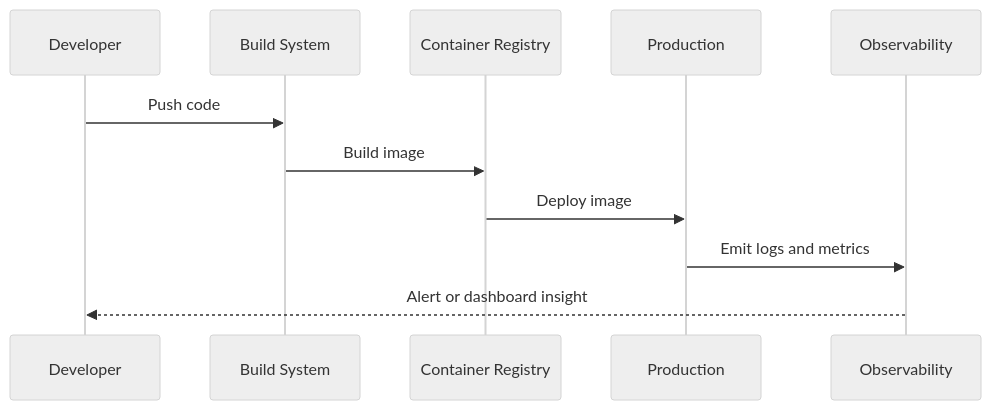
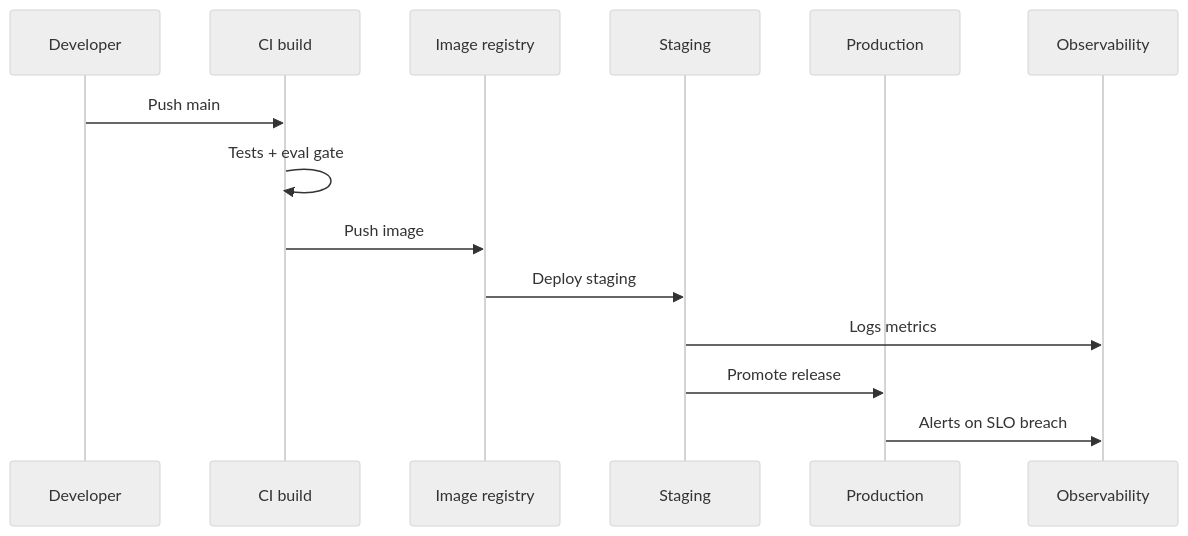
The fifth of 13 diagrams in day_29/day_29_deployment.md (Asabeneh/30-Days-Of-AI-Engineering), drawn with Mermaid (neutral theme) before and after one commit. The commit also changed other lines of this file and 49 other files, not shown here.

````diff
--- a/day_29/day_29_deployment.md
+++ b/day_29/day_29_deployment.md
@@ -212,14 +301,17 @@
 ```mermaid
 sequenceDiagram
-        participant D as Developer
-        participant B as Build System
-        participant C as Container Registry
-        participant P as Production
-        participant O as Observability
+    participant Dev as Developer
+    participant CI as CI build
+    participant REG as Image registry
+    participant STG as Staging
+    participant PRD as Production
+    participant OBS as Observability
 
-        D->>B: Push code
-        B->>C: Build image
-        C->>P: Deploy image
-        P->>O: Emit logs and metrics
-        O-->>D: Alert or dashboard insight
+    Dev->>CI: Push main
+    CI->>CI: Tests + eval gate
+    CI->>REG: Push image
+    REG->>STG: Deploy staging
+    STG->>OBS: Logs metrics
+    STG->>PRD: Promote release
+    PRD->>OBS: Alerts on SLO breach
 ```
````
